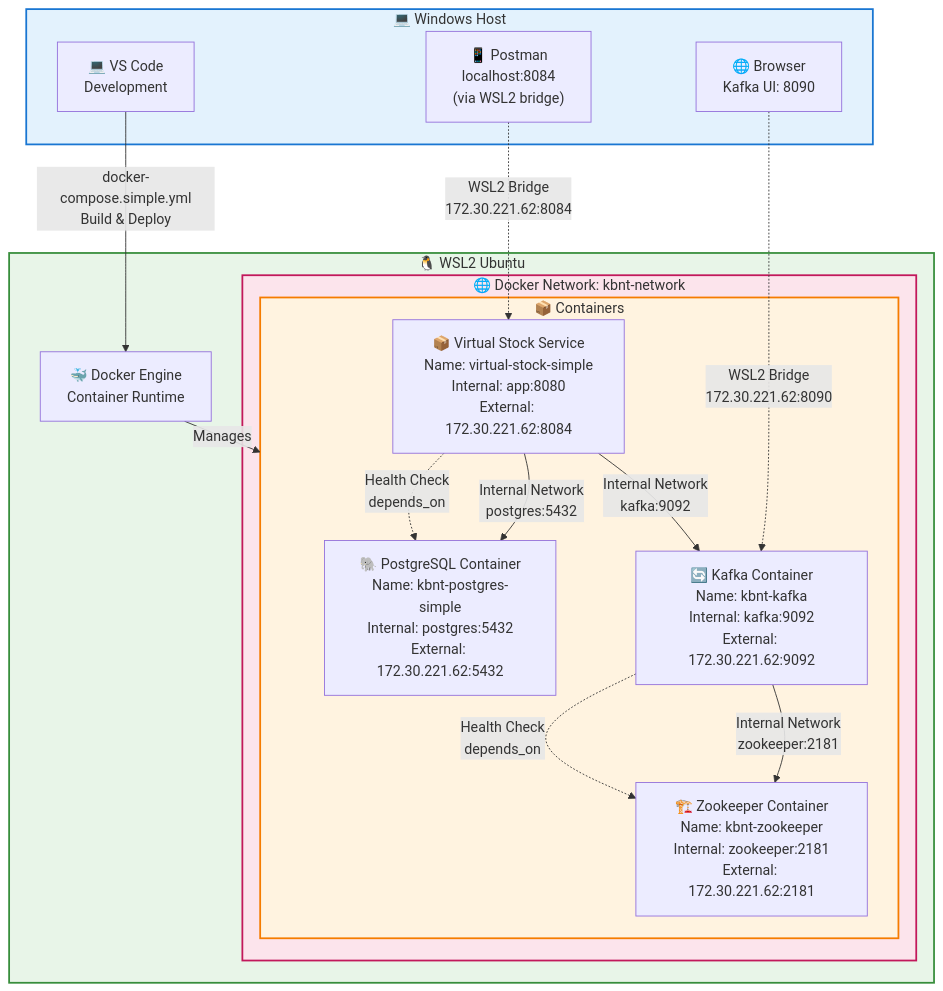
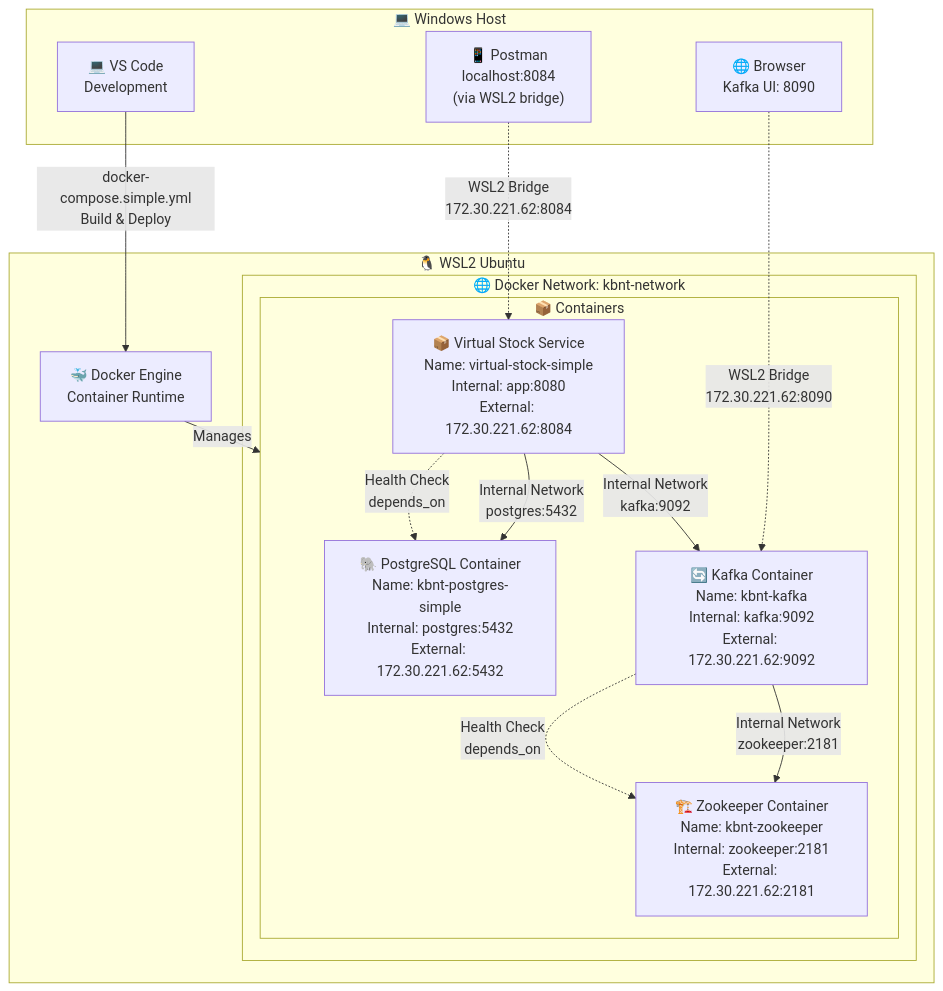
One commit to italo-costa/estudosKBNT_Kafka_Logs_V2_cleanCode changed the fourth of 5 diagrams in ARCHITECTURE_DIAGRAM.md. Above: the diagram before and after it, drawn with Mermaid. The commit also changed other lines of this file and 2 other files, not shown here.

First line of the commit message:
Fix Mermaid diagrams for GitHub compatibility

````diff
--- a/ARCHITECTURE_DIAGRAM.md
+++ b/ARCHITECTURE_DIAGRAM.md
@@ -221,55 +172,38 @@
 ```mermaid
 graph TB
-    %% Definição de estilos
-    classDef hostStyle fill:#e3f2fd,stroke:#1976d2,stroke-width:2px
-    classDef wslStyle fill:#e8f5e8,stroke:#388e3c,stroke-width:2px
-    classDef containerStyle fill:#fff3e0,stroke:#f57c00,stroke-width:2px
-    classDef networkStyle fill:#fce4ec,stroke:#c2185b,stroke-width:2px
-
-    %% Windows Host
     subgraph WINDOWS ["💻 Windows Host"]
         POSTMAN_WIN["📱 Postman<br/>localhost:8084<br/>(via WSL2 bridge)"]
         BROWSER["🌐 Browser<br/>Kafka UI: 8090"]
         VS_CODE["💻 VS Code<br/>Development"]
     end
 
-    %% WSL2 Environment
     subgraph WSL2 ["🐧 WSL2 Ubuntu"]
         DOCKER_ENGINE["🐳 Docker Engine<br/>Container Runtime"]
         
         subgraph DOCKER_NETWORK ["🌐 Docker Network: kbnt-network"]
             
             subgraph CONTAINERS ["📦 Containers"]
                 POSTGRES_CONTAINER["🐘 PostgreSQL Container<br/>Name: kbnt-postgres-simple<br/>Internal: postgres:5432<br/>External: 172.30.221.62:5432"]
                 
                 STOCK_CONTAINER["📦 Virtual Stock Service<br/>Name: virtual-stock-simple<br/>Internal: app:8080<br/>External: 172.30.221.62:8084"]
                 
                 KAFKA_CONTAINER["🔄 Kafka Container<br/>Name: kbnt-kafka<br/>Internal: kafka:9092<br/>External: 172.30.221.62:9092"]
                 
                 ZOOKEEPER_CONTAINER["🏗️ Zookeeper Container<br/>Name: kbnt-zookeeper<br/>Internal: zookeeper:2181<br/>External: 172.30.221.62:2181"]
             end
         end
     end
 
-    %% Port Mappings & Network Flow
     POSTMAN_WIN -.->|WSL2 Bridge<br/>172.30.221.62:8084| STOCK_CONTAINER
     BROWSER -.->|WSL2 Bridge<br/>172.30.221.62:8090| KAFKA_CONTAINER
     
     STOCK_CONTAINER -->|Internal Network<br/>postgres:5432| POSTGRES_CONTAINER
     STOCK_CONTAINER -->|Internal Network<br/>kafka:9092| KAFKA_CONTAINER
     KAFKA_CONTAINER -->|Internal Network<br/>zookeeper:2181| ZOOKEEPER_CONTAINER
 
-    %% Health Checks & Dependencies
     STOCK_CONTAINER -.->|Health Check<br/>depends_on| POSTGRES_CONTAINER
     KAFKA_CONTAINER -.->|Health Check<br/>depends_on| ZOOKEEPER_CONTAINER
 
-    %% Docker Compose Management
     VS_CODE -->|docker-compose.simple.yml<br/>Build & Deploy| DOCKER_ENGINE
     DOCKER_ENGINE -->|Manages| CONTAINERS
-
-    %% Styling
-    class WINDOWS hostStyle
-    class WSL2 wslStyle
-    class CONTAINERS containerStyle
-    class DOCKER_NETWORK networkStyle
 ```
````
